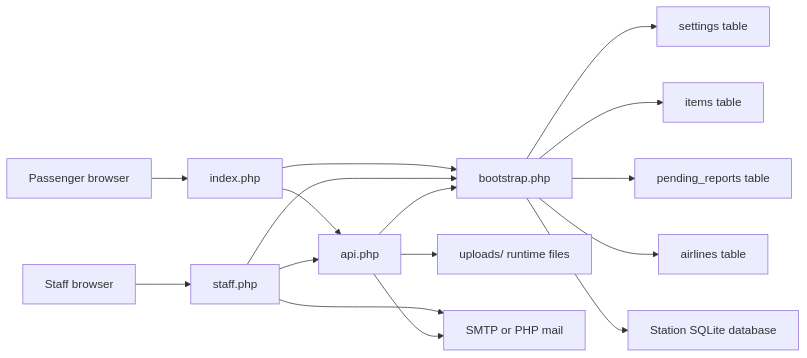
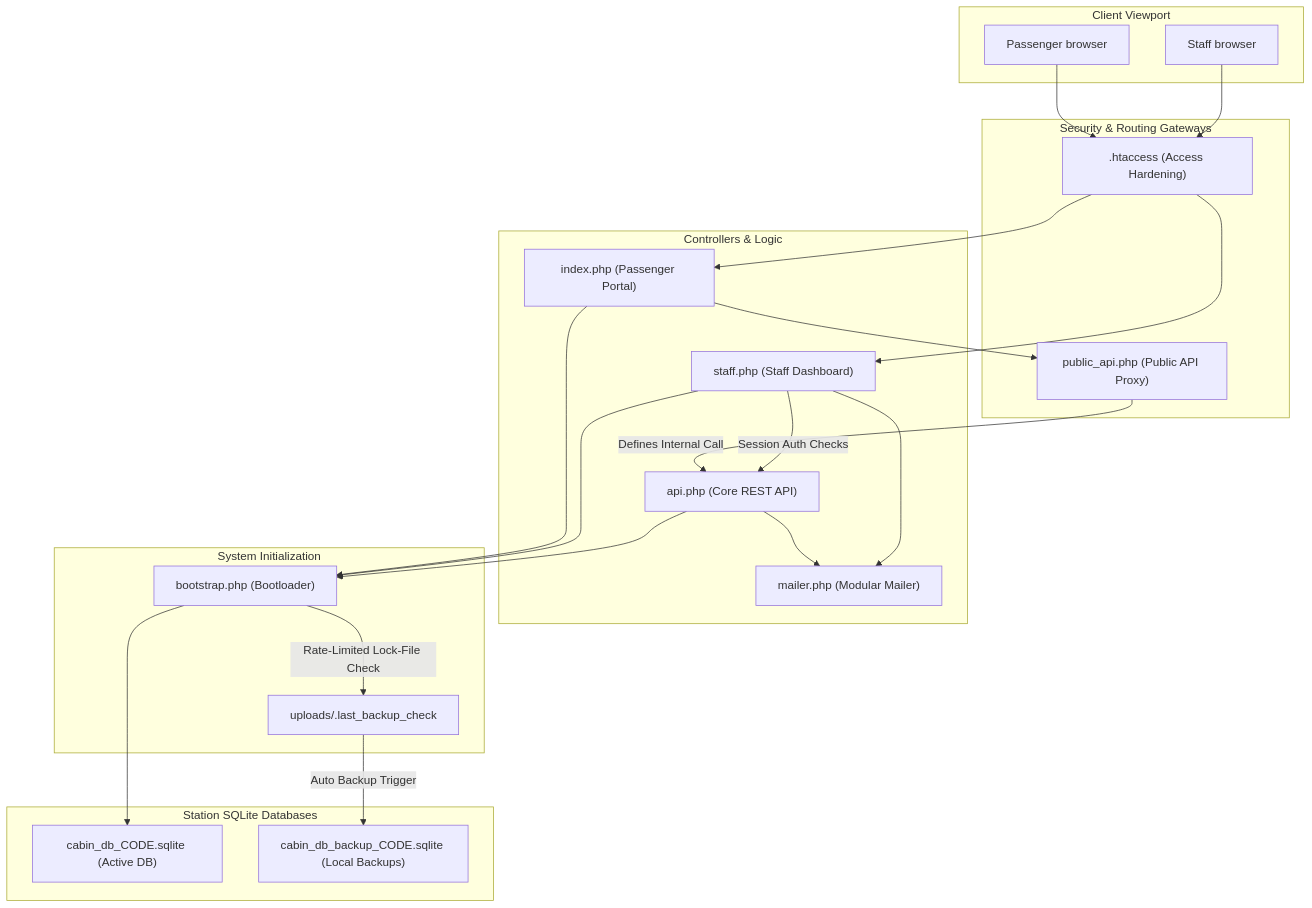
One commit to exeedthemes/cabin_portal changed the first of 4 diagrams in docs/architecture.md. Above: the diagram before and after it, drawn with Mermaid. The commit also changed other lines of this file and 1 other file, not shown here.

Commit message:
docs: update system architecture and operation guides with multi-station backup & proxy diagrams

````diff
--- a/docs/architecture.md
+++ b/docs/architecture.md
@@ -5,18 +5,54 @@
 ```mermaid
-flowchart LR
-    Passenger["Passenger browser"] --> Index["index.php"]
-    Staff["Staff browser"] --> StaffUI["staff.php"]
-    Index --> API["api.php"]
-    StaffUI --> API
-    Index --> Bootstrap["bootstrap.php"]
+flowchart TD
+    subgraph Client ["Client Viewport"]
+        Passenger["Passenger browser"]
+        Staff["Staff browser"]
+    end
+
+    subgraph Security ["Security & Routing Gateways"]
+        Proxy["public_api.php (Public API Proxy)"]
+        Htaccess[".htaccess (Access Hardening)"]
+    end
+
+    subgraph Controllers ["Controllers & Logic"]
+        Index["index.php (Passenger Portal)"]
+        StaffUI["staff.php (Staff Dashboard)"]
+        API["api.php (Core REST API)"]
+        Mailer["mailer.php (Modular Mailer)"]
+    end
+
+    subgraph Core ["System Initialization"]
+        Bootstrap["bootstrap.php (Bootloader)"]
+        BackupLock["uploads/.last_backup_check"]
+    end
+
+    subgraph Storage ["Station SQLite Databases"]
+        SQLite["cabin_db_CODE.sqlite (Active DB)"]
+        BackupSQL["cabin_db_backup_CODE.sqlite (Local Backups)"]
+    end
+
+    %% Client Routing
+    Passenger --> Htaccess
+    Staff --> Htaccess
+    Htaccess --> Index
+    Htaccess --> StaffUI
+    
+    %% Request Delegation & Proxies
+    Index --> Proxy
+    Proxy -->|Defines Internal Call| API
+    StaffUI -->|Session Auth Checks| API
+    
+    %% Core Bootstrapping
+    Index --> Bootstrap
     StaffUI --> Bootstrap
     API --> Bootstrap
-    Bootstrap --> Settings["settings table"]
-    Bootstrap --> Items["items table"]
-    Bootstrap --> Pending["pending_reports table"]
-    Bootstrap --> Airlines["airlines table"]
-    Bootstrap --> SQLite["Station SQLite database"]
-    API --> Uploads["uploads/ runtime files"]
-    StaffUI --> Mail["SMTP or PHP mail"]
-    API --> Mail
+    
+    %% Storage & Automated Backups
+    Bootstrap --> SQLite
+    Bootstrap -->|Rate-Limited Lock-File Check| BackupLock
+    BackupLock -->|Auto Backup Trigger| BackupSQL
+    
+    %% Mail Operations
+    API --> Mailer
+    StaffUI --> Mailer
 ```
````
